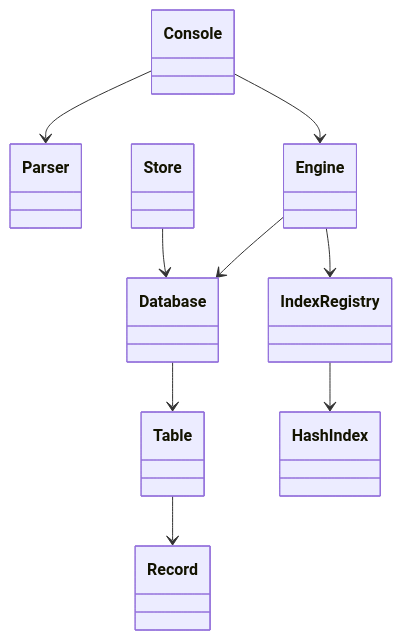
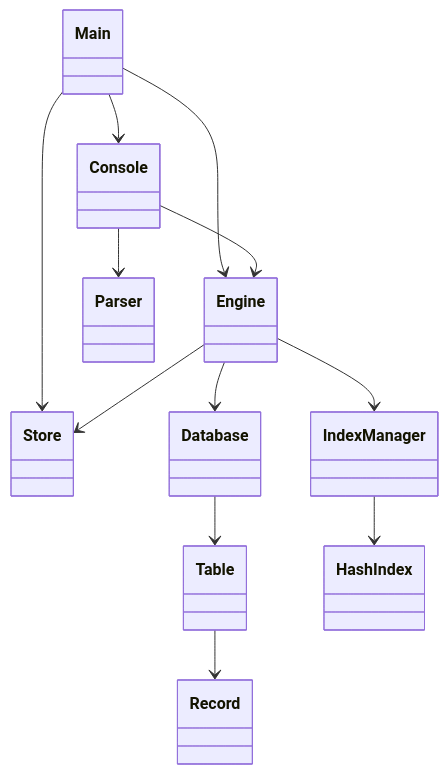
The first of 2 diagrams in README.md (Shurik00712/Java-db-lab), drawn with Mermaid before and after one commit. The commit also changed other lines of this file, not shown here.

````diff
--- a/README.md
+++ b/README.md
@@ -49,11 +51,14 @@
 ```mermaid
 classDiagram
+    Main --> Store
+    Main --> Engine
+    Main --> Console
     Console --> Parser
     Console --> Engine
     Engine --> Database
     Database --> Table
     Table --> Record
-    Engine --> IndexRegistry
-    IndexRegistry --> HashIndex
-    Store --> Database
+    Engine --> IndexManager
+    IndexManager --> HashIndex
+    Engine --> Store
 ```
````
